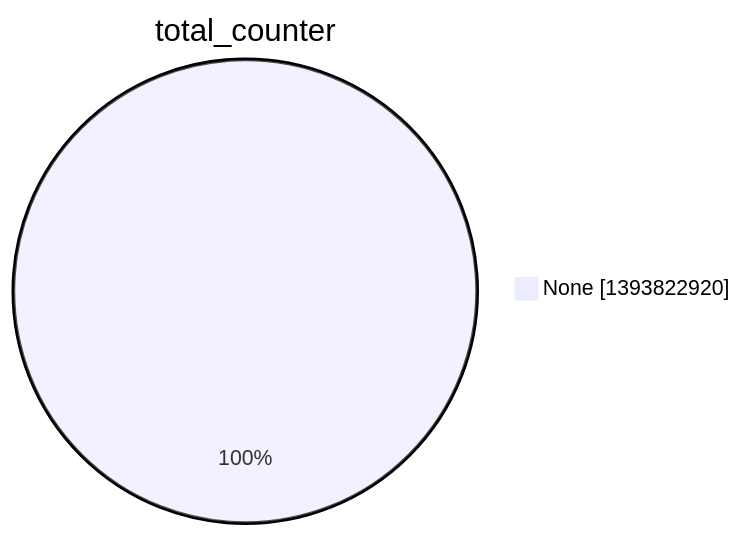
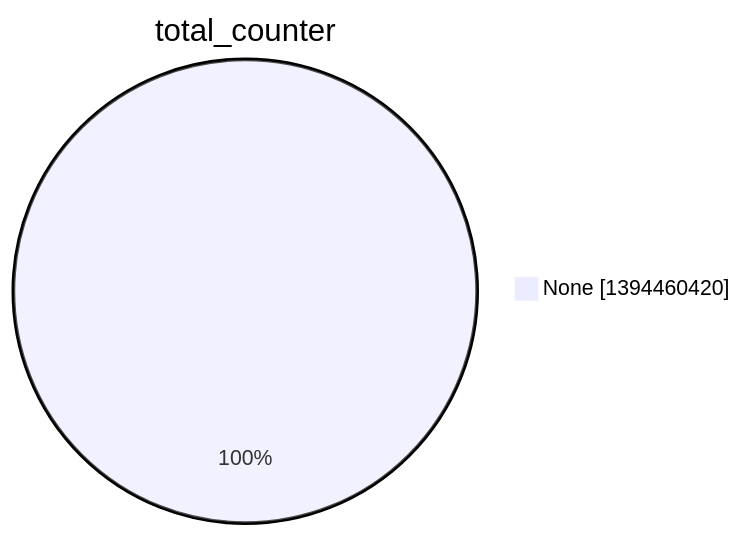
One commit to christiankrug/ctmonitor_visualization changed the second of 15 diagrams in argon2022/README.md. Above: the diagram before and after it, drawn with Mermaid. The commit also changed other lines of this file, not shown here.

````diff
--- a/argon2022/README.md
+++ b/argon2022/README.md
@@ -9,5 +9,5 @@
 ```mermaid
 pie showData
 title total_counter
-"None" :1393822920
+"None" :1394460420
 ```
````
